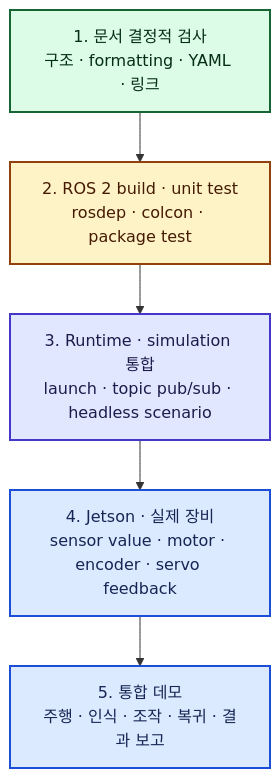
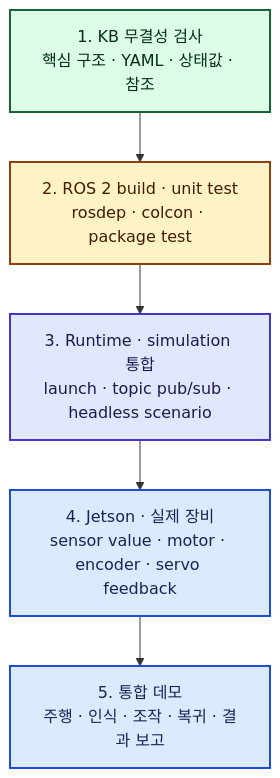
Before and after one commit to asm17-moving-agent/cleany-docs: the second of 3 diagrams in 20_TECHNICAL/13 - CI and Verification Strategy.md, drawn with Mermaid. The commit also changed other lines of this file and 22 other files, not shown here.

````diff
--- a/20_TECHNICAL/13 - CI and Verification Strategy.md
+++ b/20_TECHNICAL/13 - CI and Verification Strategy.md
@@ -149,15 +152,15 @@
 ```mermaid
 flowchart TB
-    L1["1. 문서 결정적 검사<br/>구조 · formatting · YAML · 링크"]:::auto
+    L1["1. KB 무결성 검사<br/>핵심 구조 · YAML · 상태값 · 참조"]:::auto
     L2["2. ROS 2 build · unit test<br/>rosdep · colcon · package test"]:::autoCandidate
     L3["3. Runtime · simulation 통합<br/>launch · topic pub/sub · headless scenario"]:::local
     L4["4. Jetson · 실제 장비<br/>sensor value · motor · encoder · servo feedback"]:::hardware
     L5["5. 통합 데모<br/>주행 · 인식 · 조작 · 복귀 · 결과 보고"]:::hardware
 
     L1 --> L2 --> L3 --> L4 --> L5
 
     classDef auto fill:#dcfce7,stroke:#166534,color:#052e16,stroke-width:2px;
     classDef autoCandidate fill:#fef3c7,stroke:#92400e,color:#451a03,stroke-width:2px;
     classDef local fill:#e0e7ff,stroke:#4338ca,color:#1e1b4b,stroke-width:2px;
     classDef hardware fill:#dbeafe,stroke:#1d4ed8,color:#172554,stroke-width:2px;
 ```
````
